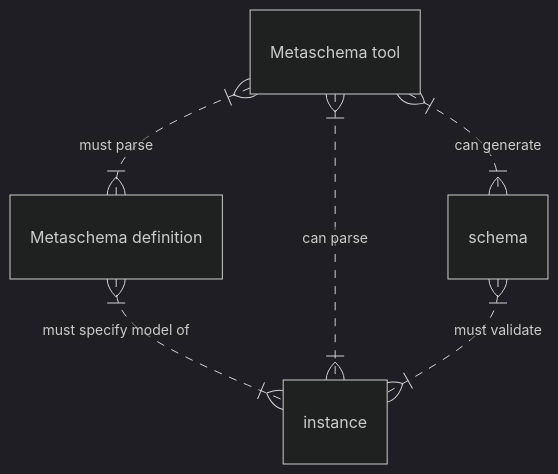
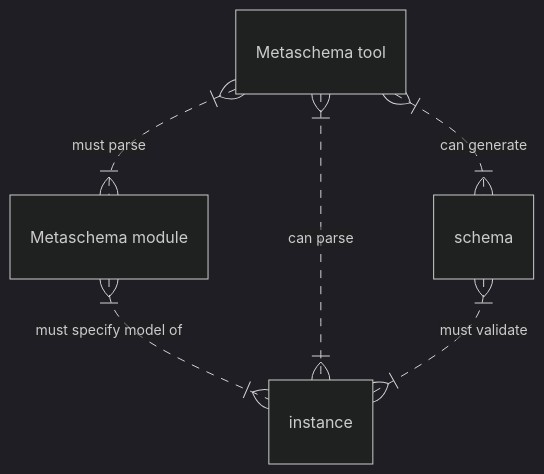
Before and after one commit to usnistgov/metaschema: the diagram in website/content/tutorials/1-getting-started/_index.md, drawn with Mermaid (dark theme). The commit also changed other lines of this file, not shown here.

````diff
--- a/website/content/tutorials/1-getting-started/_index.md
+++ b/website/content/tutorials/1-getting-started/_index.md
@@ -25,11 +29,9 @@
-{{<mermaid>}}
-
+```mermaid
 erDiagram
 
-  "Metaschema definition" }|..|{ "instance" : "must specify model of"
-  "Metaschema tool" }|..|{ "Metaschema definition" : "must parse"
+  "Metaschema module" }|..|{ "instance" : "must specify model of"
+  "Metaschema tool" }|..|{ "Metaschema module" : "must parse"
   "Metaschema tool" }|..|{ "instance" : "can parse"
   "Metaschema tool" }|..|{ "schema" : "can generate"
   "schema" }|..|{ "instance" : "must validate"
-
-{{</mermaid>}}
+```
````
